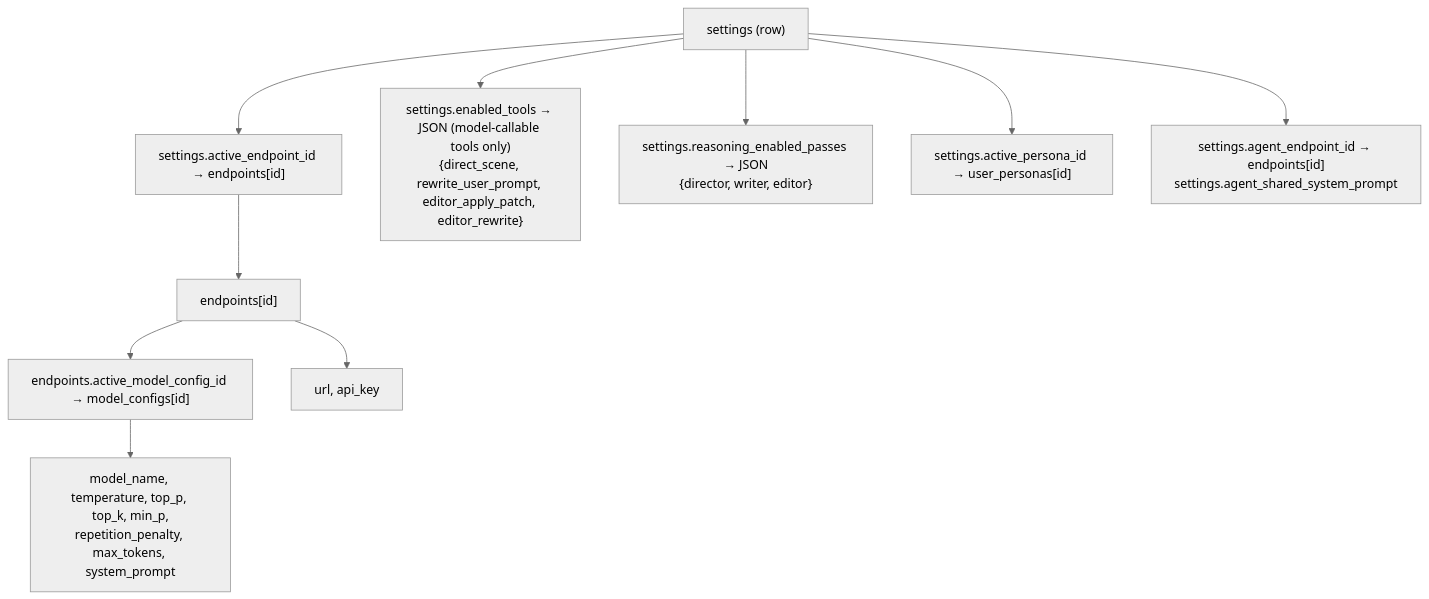
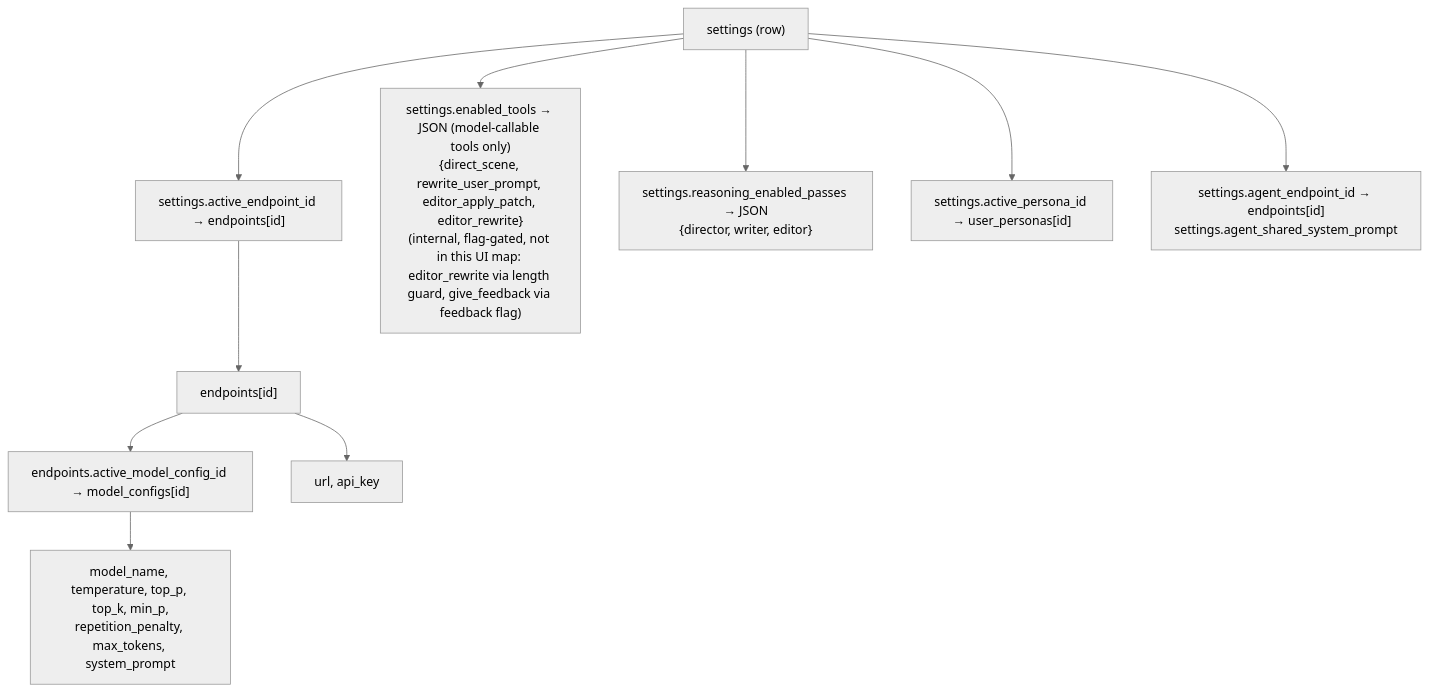
The fourth of 4 diagrams in AGENTS.md (OrbFrontend/Orb), drawn with Mermaid (neutral theme) before and after one commit. The commit also changed 11 other files, not shown here.

````diff
--- a/AGENTS.md
+++ b/AGENTS.md
@@ -372,13 +372,13 @@
 ```mermaid
 flowchart TD
     settings["settings (row)"] --> active_endpoint["settings.active_endpoint_id → endpoints[id]"]
-    settings --> enabled_tools["settings.enabled_tools → JSON (model-callable tools only)<br/>{direct_scene, rewrite_user_prompt, editor_apply_patch, editor_rewrite}"]
+    settings --> enabled_tools["settings.enabled_tools → JSON (model-callable tools only)<br/>{direct_scene, rewrite_user_prompt, editor_apply_patch, editor_rewrite}<br/>(internal, flag-gated, not in this UI map: editor_rewrite via length guard, give_feedback via feedback flag)"]
     settings --> reasoning["settings.reasoning_enabled_passes → JSON<br/>{director, writer, editor}"]
     settings --> persona["settings.active_persona_id → user_personas[id]"]
     settings --> agent["settings.agent_endpoint_id → endpoints[id]<br/>settings.agent_shared_system_prompt"]
 
     active_endpoint --> endpoints["endpoints[id]"]
     endpoints --> model_config["endpoints.active_model_config_id → model_configs[id]"]
     endpoints --> api_details["url, api_key"]
     model_config --> params["model_name, temperature, top_p, top_k, min_p,<br/>repetition_penalty, max_tokens, system_prompt"]
 ```
````
